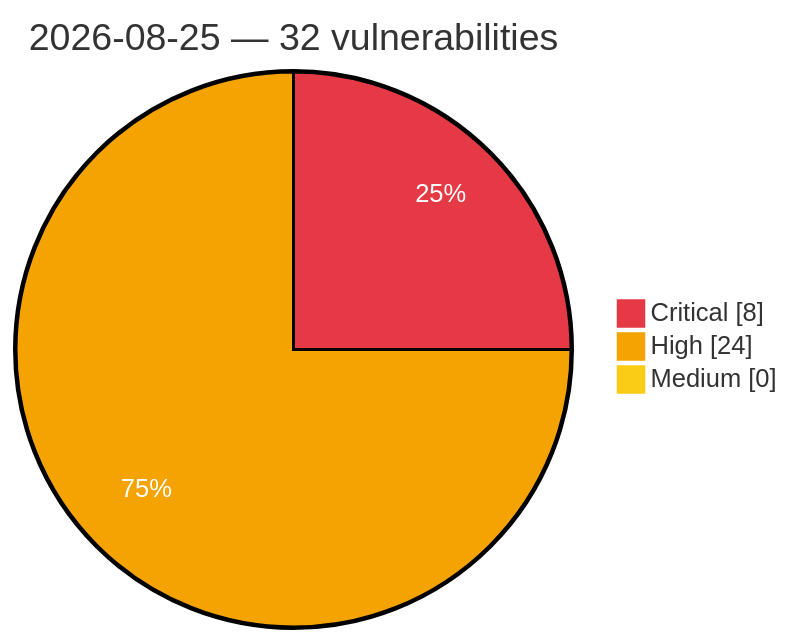
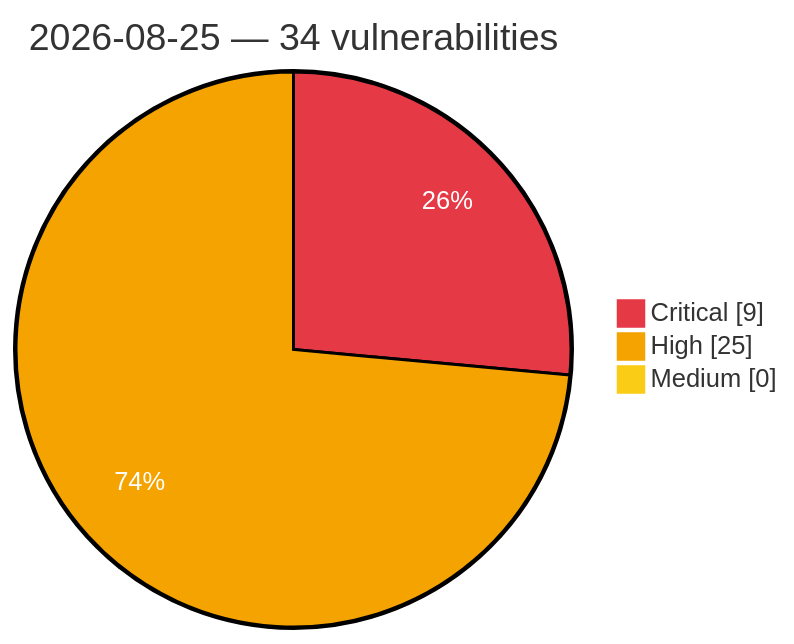
Before and after one commit to GhostX0X/vuln-tracker: the diagram in vulnerabilities/2026/August/2026-08-25.md, drawn with Mermaid. The commit also changed other lines of this file and 5 other files, not shown here.

Commit message:
Auto update: critical/high vulns (2026-08-25 09:51 UTC)

````diff
--- a/vulnerabilities/2026/August/2026-08-25.md
+++ b/vulnerabilities/2026/August/2026-08-25.md
@@ -3,8 +3,8 @@
 ```mermaid
 %%{init: {'theme':'base', 'themeVariables': {'pie1':'#e63946', 'pie2':'#f4a300', 'pie3':'#facc15', 'pieOpacity':'1', 'pieOuterStrokeWidth':'2px', 'pieSectionTextColor':'#ffffff'}}}%%
 pie showData
-    title 2026-08-25 — 32 vulnerabilities
-    "Critical" : 8
-    "High" : 24
+    title 2026-08-25 — 34 vulnerabilities
+    "Critical" : 9
+    "High" : 25
     "Medium" : 0
 ```
````
